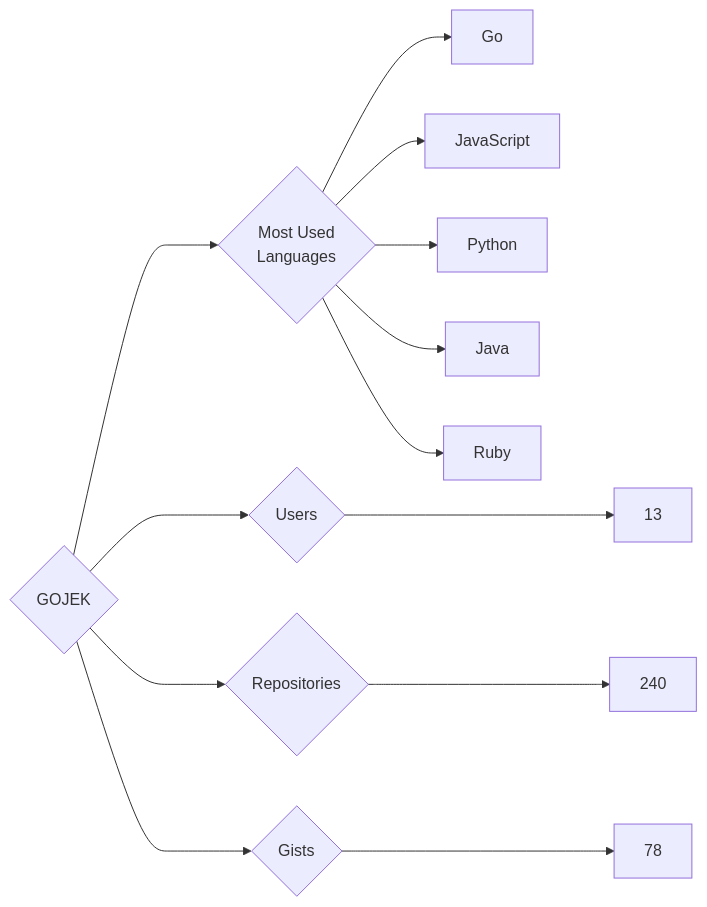
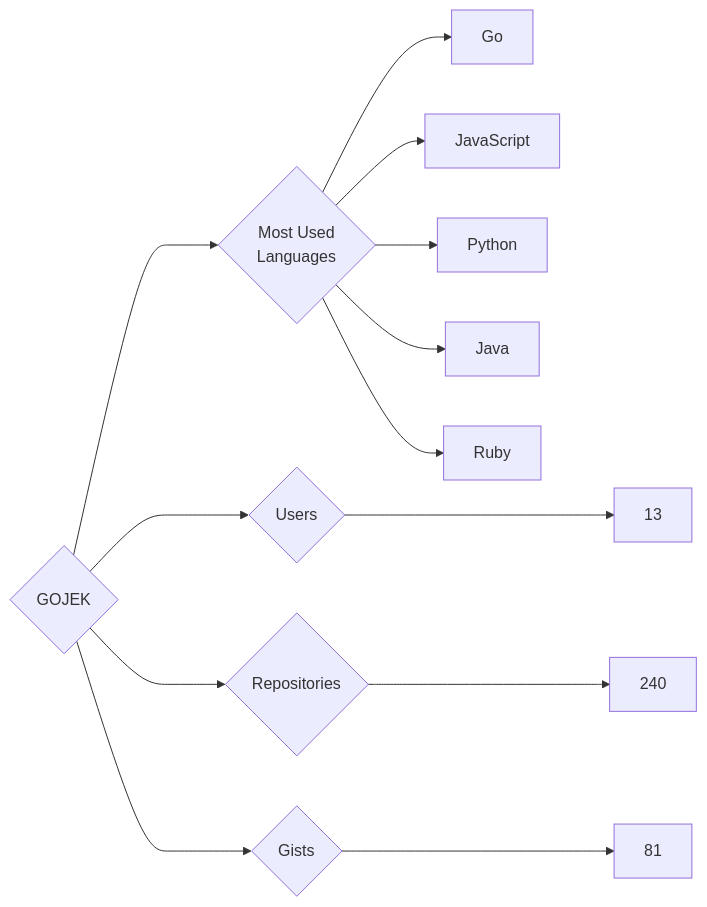
Before and after one commit to trickest/insiders: the diagram in targets/GOJEK/README.md, drawn with Mermaid. The commit also changed 823 other files, not shown here.

````diff
--- a/targets/GOJEK/README.md
+++ b/targets/GOJEK/README.md
@@ -3,13 +3,13 @@
 ```mermaid
 graph LR
 COMPANY_NAME{GOJEK}
 COMPANY_NAME ---> U{Users} ---> UN[13]
 COMPANY_NAME ---> R{Repositories} ---> RN[240]
-COMPANY_NAME ---> G{Gists} ---> GN[78]
+COMPANY_NAME ---> G{Gists} ---> GN[81]
 COMPANY_NAME ---> ML{Most Used<br>Languages}
 ML --> Go[Go]
 ML --> JavaScript[JavaScript]
 ML --> Python[Python]
 ML --> Java[Java]
 ML --> Ruby[Ruby]
 ```
````
